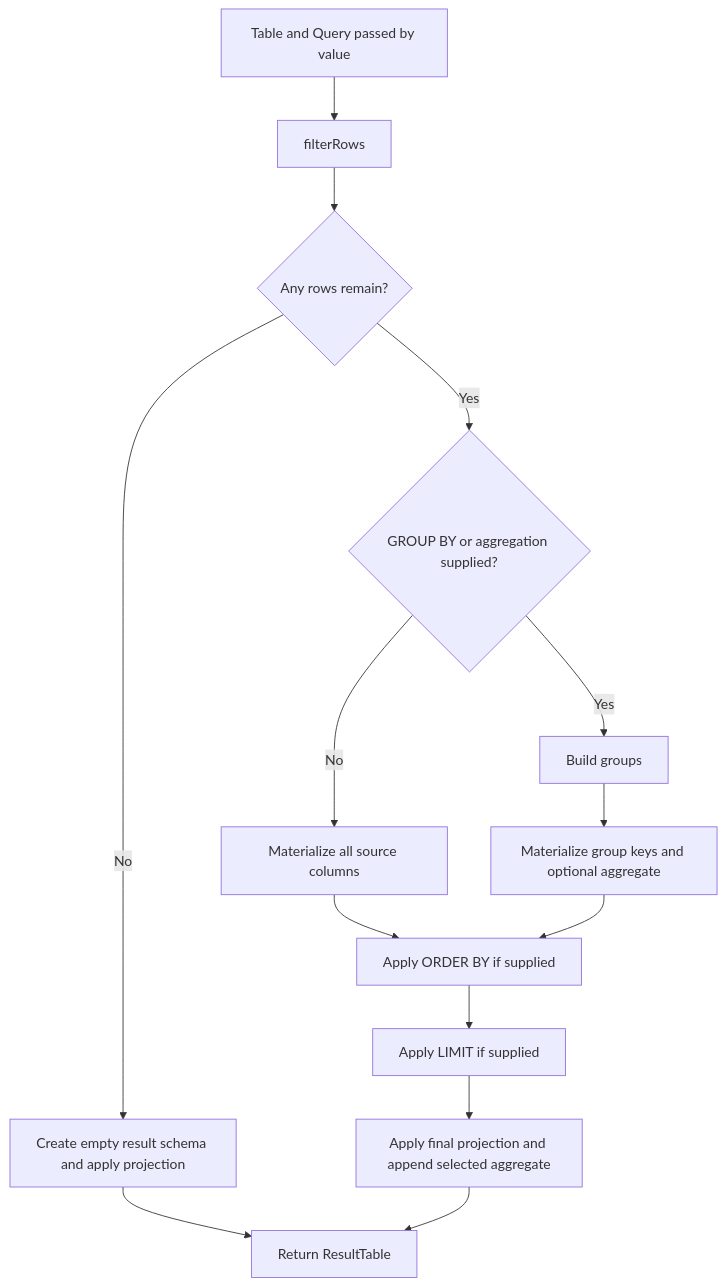
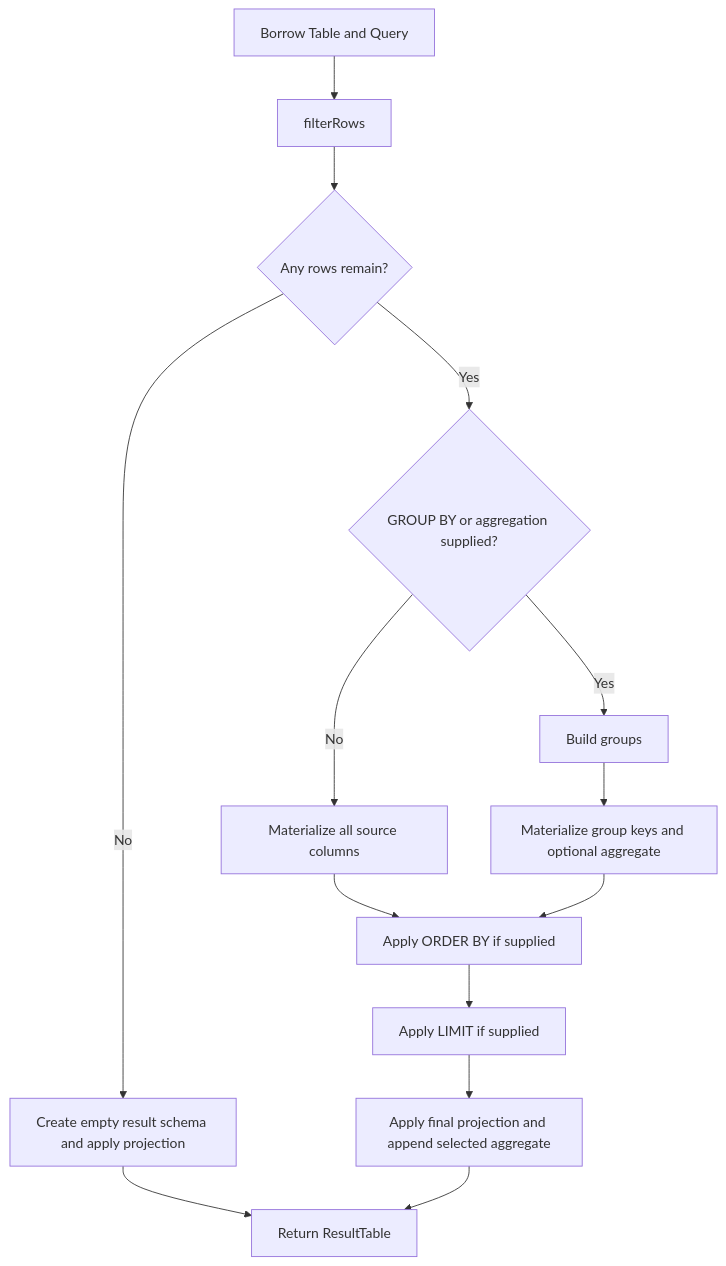
Before and after one commit to kavyasantha22/in-memory-query-engine: the diagram in docs/engine-design.md, drawn with Mermaid. The commit also changed other lines of this file and 14 other files, not shown here.

````diff
--- a/docs/engine-design.md
+++ b/docs/engine-design.md
@@ -124,16 +128,16 @@
 ```mermaid
 flowchart TD
-    A[Table and Query passed by value] --> B[filterRows]
+    A[Borrow Table and Query] --> B[filterRows]
     B --> C{Any rows remain?}
     C -- No --> D[Create empty result schema and apply projection]
     D --> Z[Return ResultTable]
     C -- Yes --> E{GROUP BY or aggregation supplied?}
     E -- No --> F[Materialize all source columns]
     E -- Yes --> G[Build groups]
     G --> H[Materialize group keys and optional aggregate]
     F --> I[Apply ORDER BY if supplied]
     H --> I
     I --> J[Apply LIMIT if supplied]
     J --> K[Apply final projection and append selected aggregate]
     K --> Z
 ```
````
